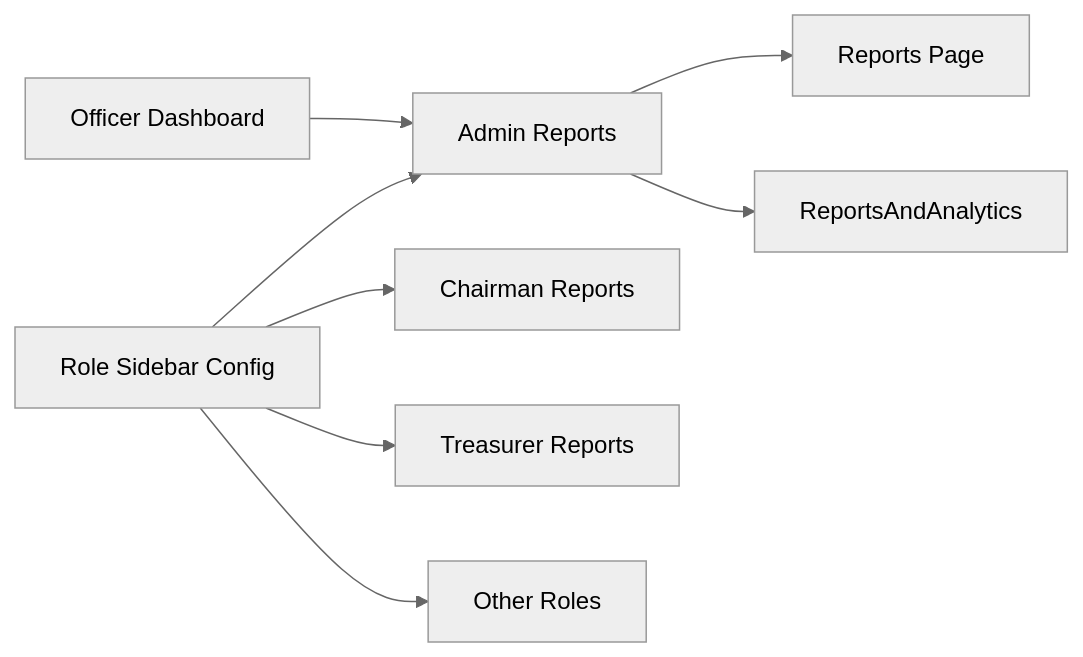
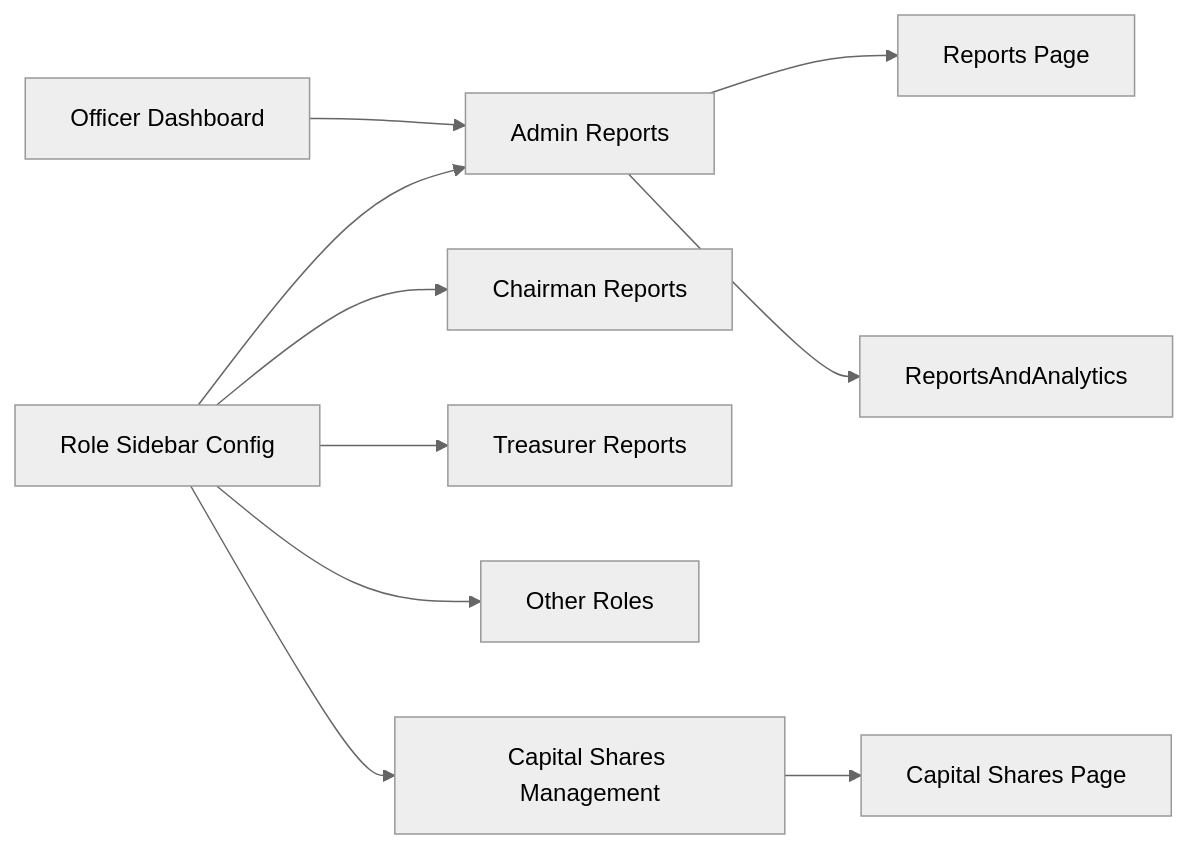
One commit to Unsure-bry/sampacoop_system changed diagram 11 of 12 in .qoder/repowiki/en/content/Project Overview/Core Features & Functionality/Reporting & Analytics.md. Above: the diagram before and after it, drawn with Mermaid (neutral theme). The commit also changed other lines of this file and 5 other files, not shown here.

````diff
--- a/.qoder/repowiki/en/content/Project Overview/Core Features & Functionality/Reporting & Analytics.md
+++ b/.qoder/repowiki/en/content/Project Overview/Core Features & Functionality/Reporting & Analytics.md
@@ -529,10 +700,12 @@
 ```mermaid
 graph LR
 SC["Role Sidebar Config"] --> Admin["Admin Reports"]
 SC --> Chairman["Chairman Reports"]
 SC --> Treasurer["Treasurer Reports"]
 SC --> OtherRoles["Other Roles"]
+SC --> CapitalShares["Capital Shares Management"]
 OD["Officer Dashboard"] --> Admin
 Admin --> RP["Reports Page"]
 Admin --> RNA["ReportsAndAnalytics"]
+CapitalShares --> CAP["Capital Shares Page"]
 ```
````
